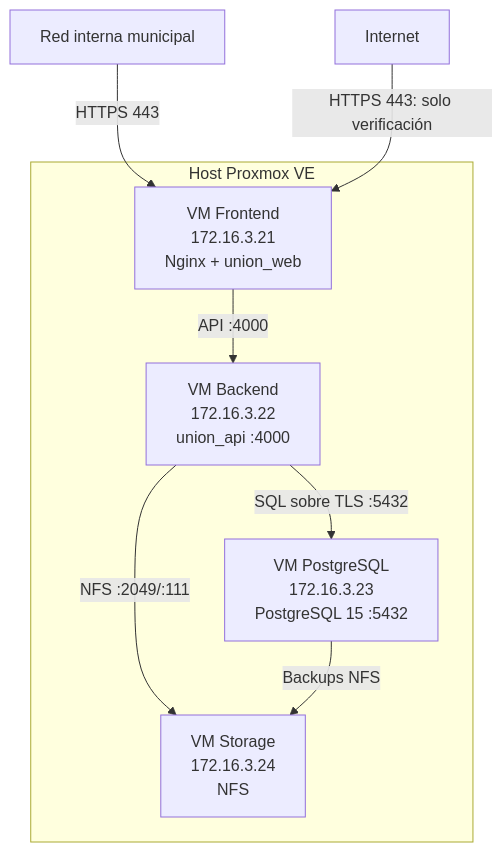
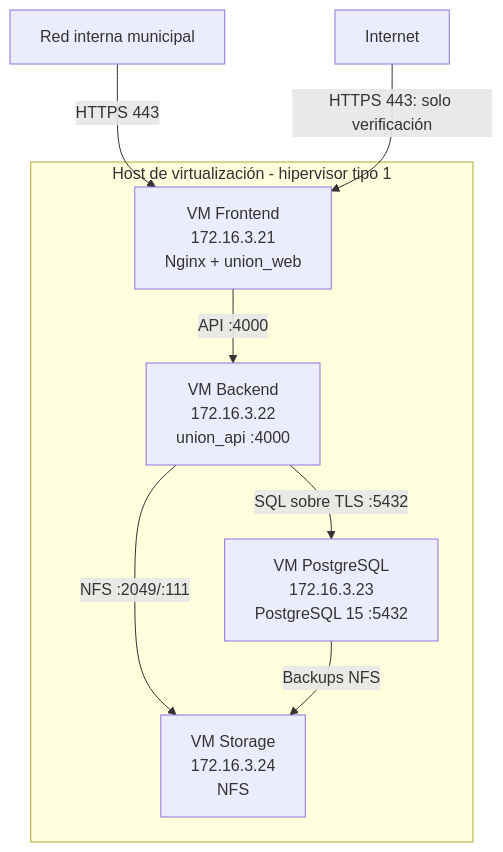
One commit to a1nthon1y/muni_union changed the seventh of 10 diagrams in MANUAL_TECNICO.md. Above: the diagram before and after it, drawn with Mermaid. The commit also changed other lines of this file and 35 other files, not shown here.

````diff
--- a/MANUAL_TECNICO.md
+++ b/MANUAL_TECNICO.md
@@ -348,17 +378,17 @@
 ```mermaid
 flowchart TB
     LAN[Red interna municipal] -->|HTTPS 443| V21
     INTERNET[Internet] -->|HTTPS 443: solo verificación| V21
 
-    subgraph PVE[Host Proxmox VE]
+    subgraph HV[Host de virtualización - hipervisor tipo 1]
         V21[VM Frontend\n172.16.3.21\nNginx + union_web]
         V22[VM Backend\n172.16.3.22\nunion_api :4000]
         V23[VM PostgreSQL\n172.16.3.23\nPostgreSQL 15 :5432]
         V24[VM Storage\n172.16.3.24\nNFS]
     end
 
     V21 -->|API :4000| V22
     V22 -->|SQL sobre TLS :5432| V23
     V22 -->|NFS :2049/:111| V24
     V23 -->|Backups NFS| V24
 ```
````
